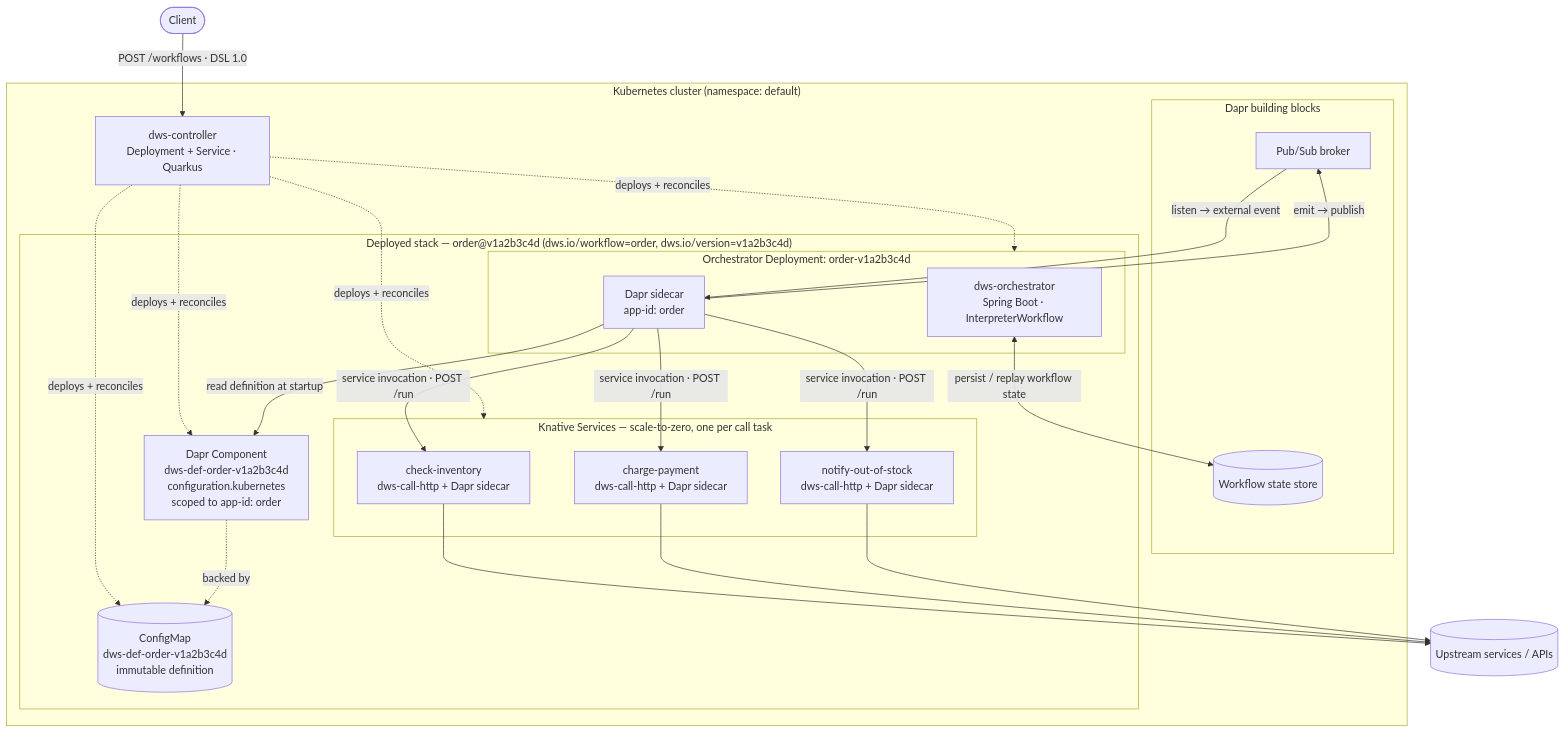
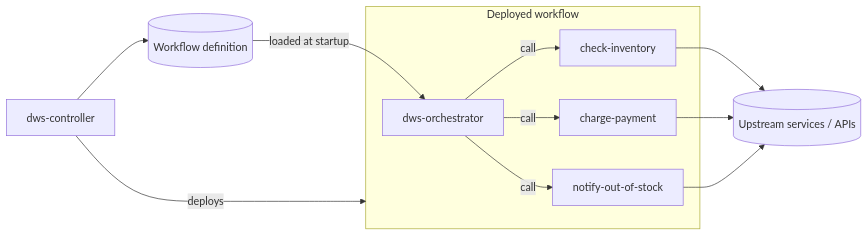
Before and after one commit to tonylibs/dapr-workflow-spec: the diagram in README.md, drawn with Mermaid. The commit also changed other lines of this file, not shown here.

Commit message:
Simplify deployed workflow diagram to core components

````diff
--- a/README.md
+++ b/README.md
@@ -38,48 +36,24 @@
 ```mermaid
-flowchart TB
-  client(["Client"])
+flowchart LR
+  controller["dws-controller"]
+  definition[("Workflow definition")]
+
+  subgraph workflow["Deployed workflow"]
+    orchestrator["dws-orchestrator"]
+    step1["check-inventory"]
+    step2["charge-payment"]
+    step3["notify-out-of-stock"]
+  end
+
   upstream[("Upstream services / APIs")]
 
-  subgraph cluster["Kubernetes cluster (namespace: default)"]
-    ctrl["dws-controller<br/>Deployment + Service · Quarkus"]
-
-    subgraph dapr["Dapr building blocks"]
-      wfstate[("Workflow state store")]
-      pubsub["Pub/Sub broker"]
-    end
-
-    subgraph stack["Deployed stack — order@v1a2b3c4d (dws.io/workflow=order, dws.io/version=v1a2b3c4d)"]
-      cm[("ConfigMap<br/>dws-def-order-v1a2b3c4d<br/>immutable definition")]
-      dcfg["Dapr Component<br/>dws-def-order-v1a2b3c4d<br/>configuration.kubernetes<br/>scoped to app-id: order"]
-
-      subgraph orch["Orchestrator Deployment: order-v1a2b3c4d"]
-        oapp["dws-orchestrator<br/>Spring Boot · InterpreterWorkflow"]
-        osidecar["Dapr sidecar<br/>app-id: order"]
-      end
-
-      subgraph steps["Knative Services — scale-to-zero, one per call task"]
-        s1["check-inventory<br/>dws-call-http + Dapr sidecar"]
-        s2["charge-payment<br/>dws-call-http + Dapr sidecar"]
-        s3["notify-out-of-stock<br/>dws-call-http + Dapr sidecar"]
-      end
-    end
-  end
-
-  client -->|POST /workflows · DSL 1.0| ctrl
-  ctrl -. deploys + reconciles .-> cm
-  ctrl -. deploys + reconciles .-> dcfg
-  ctrl -. deploys + reconciles .-> orch
-  ctrl -. deploys + reconciles .-> steps
-
-  dcfg -. backed by .-> cm
-  osidecar -->|read definition at startup| dcfg
-  oapp <-->|persist / replay workflow state| wfstate
-  osidecar -->|service invocation · POST /run| s1
-  osidecar -->|service invocation · POST /run| s2
-  osidecar -->|service invocation · POST /run| s3
-  osidecar -->|emit → publish| pubsub
-  pubsub -->|listen → external event| osidecar
-  s1 --> upstream
-  s2 --> upstream
-  s3 --> upstream
+  controller -->|deploys| workflow
+  controller --> definition
+  definition -->|loaded at startup| orchestrator
+  orchestrator -->|call| step1
+  orchestrator -->|call| step2
+  orchestrator -->|call| step3
+  step1 --> upstream
+  step2 --> upstream
+  step3 --> upstream
 ```
````
